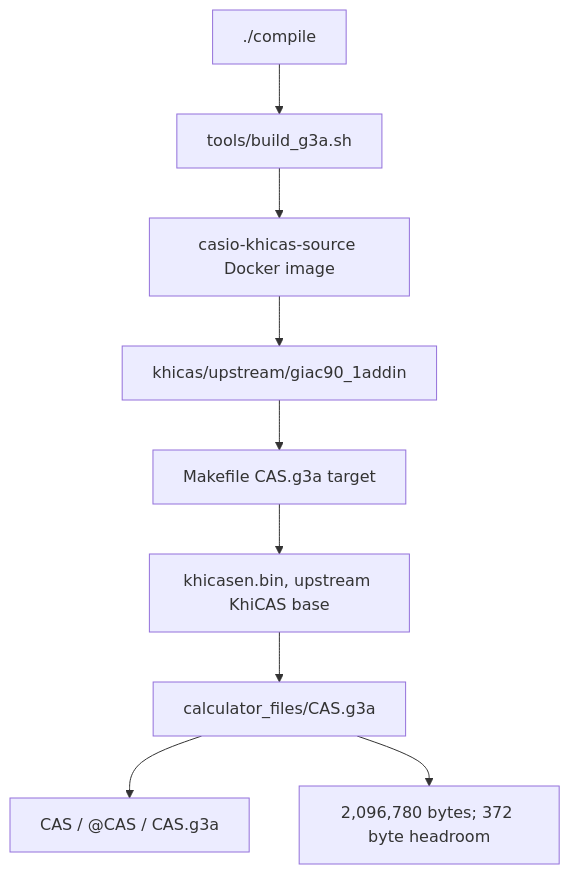
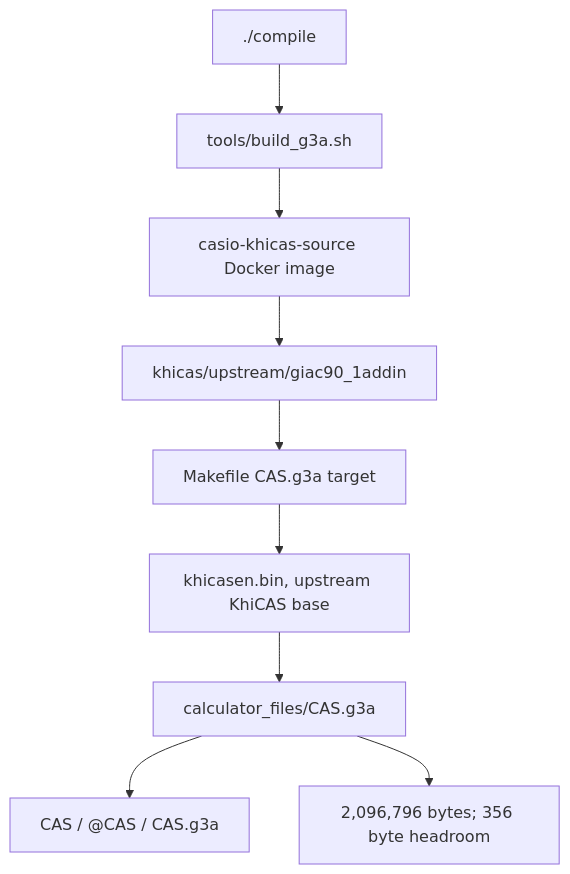
Before and after one commit to james8464/notes-addin-casio-fx-cg50: the first of 6 diagrams in docs/GRAPH.md, drawn with Mermaid. The commit also changed other lines of this file and 40 other files, not shown here.

````diff
--- a/docs/GRAPH.md
+++ b/docs/GRAPH.md
@@ -7,11 +7,11 @@
 ```mermaid
 graph TD
   Compile["./compile"] --> Build["tools/build_g3a.sh"]
   Build --> Docker["casio-khicas-source Docker image"]
   Docker --> Src["khicas/upstream/giac90_1addin"]
   Src --> Make["Makefile CAS.g3a target"]
   Make --> Bin["khicasen.bin, upstream KhiCAS base"]
   Bin --> G3A["calculator_files/CAS.g3a"]
   G3A --> Meta["CAS / @CAS / CAS.g3a"]
-  G3A --> Size["2,096,780 bytes; 372 byte headroom"]
+  G3A --> Size["2,096,796 bytes; 356 byte headroom"]
 ```
````
